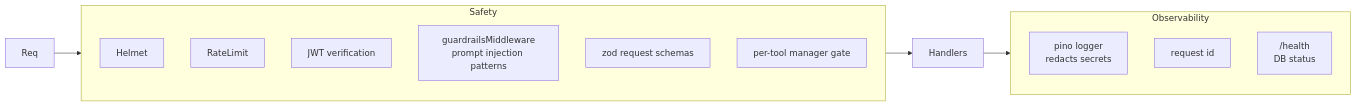
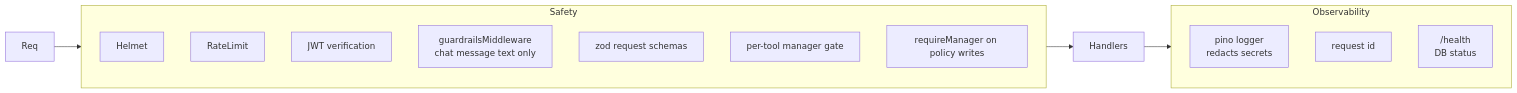
Diagram 11 of 11 in ARCHITECTURE.md (sriramkasyap/Airtribe-AI-HR-Helpdesk-Assistant), drawn with Mermaid before and after one commit. The commit also changed other lines of this file and 17 other files, not shown here.

First line of the commit message:
feat: add manager-only HR policies management

````diff
--- a/ARCHITECTURE.md
+++ b/ARCHITECTURE.md
@@ -372,20 +378,21 @@
 ```mermaid
 flowchart LR
   subgraph Safety
     Helmet
     RateLimit
     JWT["JWT verification"]
-    Guardrails["guardrailsMiddleware<br/>prompt injection patterns"]
+    Guardrails["guardrailsMiddleware<br/>chat message text only"]
     Zod["zod request schemas"]
     ToolAuth["per-tool manager gate"]
+    MgrRoute["requireManager on policy writes"]
   end
 
   subgraph Observability
     Pino["pino logger<br/>redacts secrets"]
     ReqId["request id"]
     Health["/health<br/>DB status"]
   end
 
   Req --> Safety --> Handlers
   Handlers --> Observability
 ```
````
